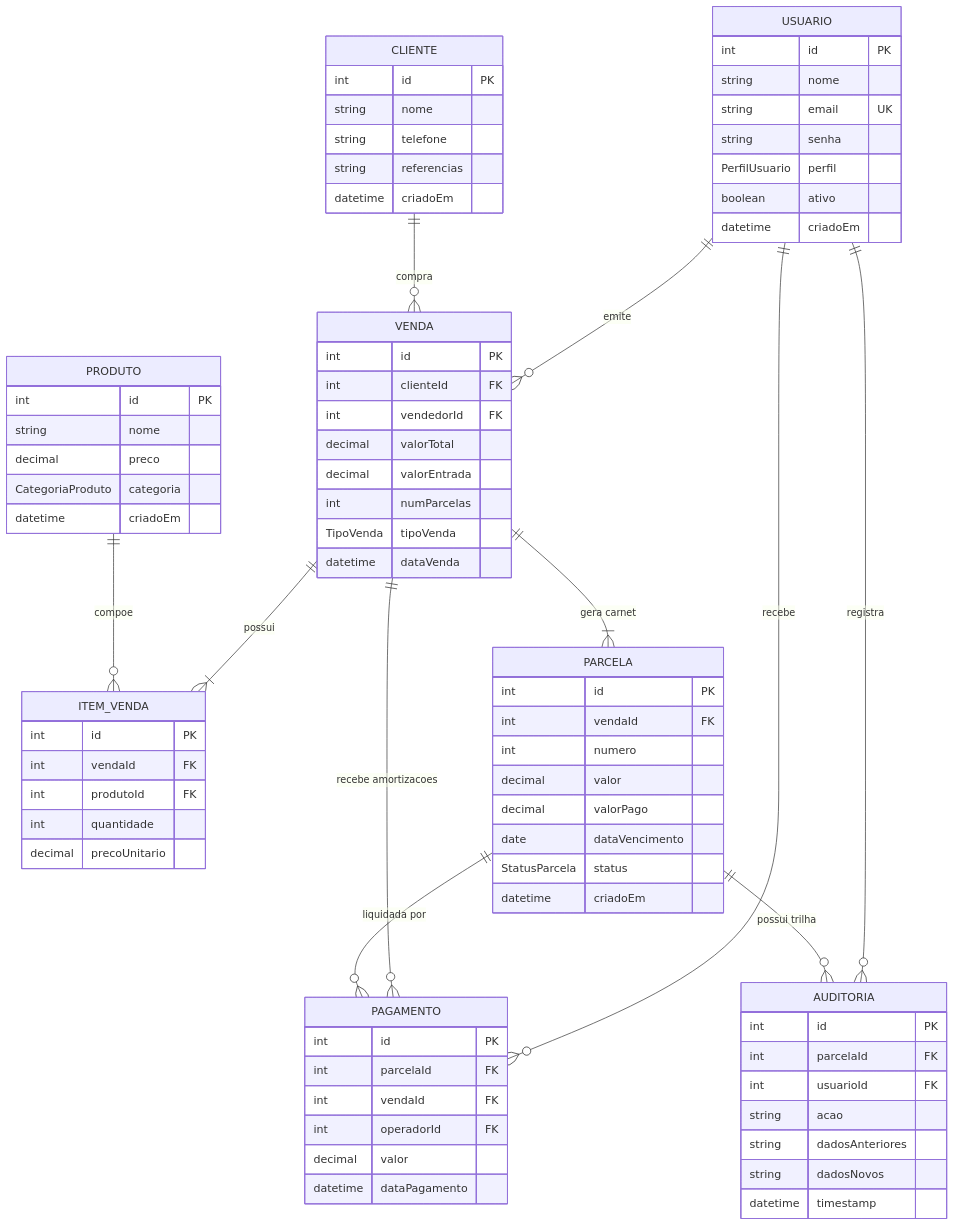
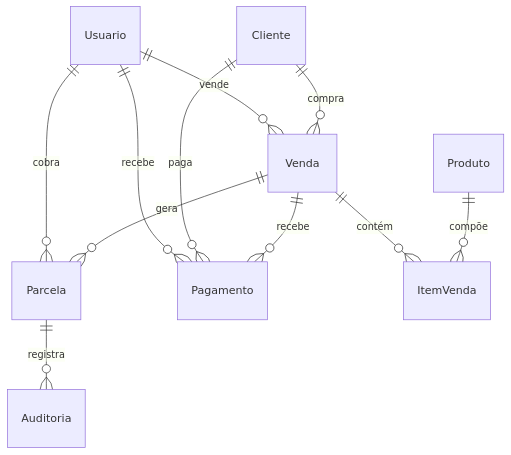
Before and after one commit to vitoraugustonb-cod/CrediarioSysten: the second of 2 diagrams in README.md, drawn with Mermaid. The commit also changed other lines of this file and 5 other files, not shown here.

````diff
--- a/README.md
+++ b/README.md
@@ -1952,88 +297,13 @@
 ```mermaid
 erDiagram
-    USUARIO {
-        int id PK
-        string nome
-        string email UK
-        string senha
-        PerfilUsuario perfil
-        boolean ativo
-        datetime criadoEm
-    }
-
-    CLIENTE {
-        int id PK
-        string nome
-        string telefone
-        string referencias
-        datetime criadoEm
-    }
-
-    PRODUTO {
-        int id PK
-        string nome
-        decimal preco
-        CategoriaProduto categoria
-        datetime criadoEm
-    }
-
-    VENDA {
-        int id PK
-        int clienteId FK
-        int vendedorId FK
-        decimal valorTotal
-        decimal valorEntrada
-        int numParcelas
-        TipoVenda tipoVenda
-        datetime dataVenda
-    }
-
-    ITEM_VENDA {
-        int id PK
-        int vendaId FK
-        int produtoId FK
-        int quantidade
-        decimal precoUnitario
-    }
-
-    PARCELA {
-        int id PK
-        int vendaId FK
-        int numero
-        decimal valor
-        decimal valorPago
-        date dataVencimento
-        StatusParcela status
-        datetime criadoEm
-    }
-
-    PAGAMENTO {
-        int id PK
-        int parcelaId FK
-        int vendaId FK
-        int operadorId FK
-        decimal valor
-        datetime dataPagamento
-    }
-
-    AUDITORIA {
-        int id PK
-        int parcelaId FK
-        int usuarioId FK
-        string acao
-        string dadosAnteriores
-        string dadosNovos
-        datetime timestamp
-    }
-
-    USUARIO ||--o{ VENDA : "emite"
-    USUARIO ||--o{ PAGAMENTO : "recebe"
-    USUARIO ||--o{ AUDITORIA : "registra"
-    CLIENTE ||--o{ VENDA : "compra"
-    VENDA ||--|{ ITEM_VENDA : "possui"
-    PRODUTO ||--o{ ITEM_VENDA : "compoe"
-    VENDA ||--|{ PARCELA : "gera carnet"
-    VENDA ||--o{ PAGAMENTO : "recebe amortizacoes"
-    PARCELA ||--o{ PAGAMENTO : "liquidada por"
-    PARCELA ||--o{ AUDITORIA : "possui trilha"
+    Usuario ||--o{ Venda : "vende"
+    Usuario ||--o{ Parcela : "cobra"
+    Usuario ||--o{ Pagamento : "recebe"
+    Cliente ||--o{ Venda : "compra"
+    Cliente ||--o{ Pagamento : "paga"
+    Venda ||--o{ ItemVenda : "contém"
+    Venda ||--o{ Parcela : "gera"
+    Venda ||--o{ Pagamento : "recebe"
+    Produto ||--o{ ItemVenda : "compõe"
+    Parcela ||--o{ Auditoria : "registra"
 ```
````
